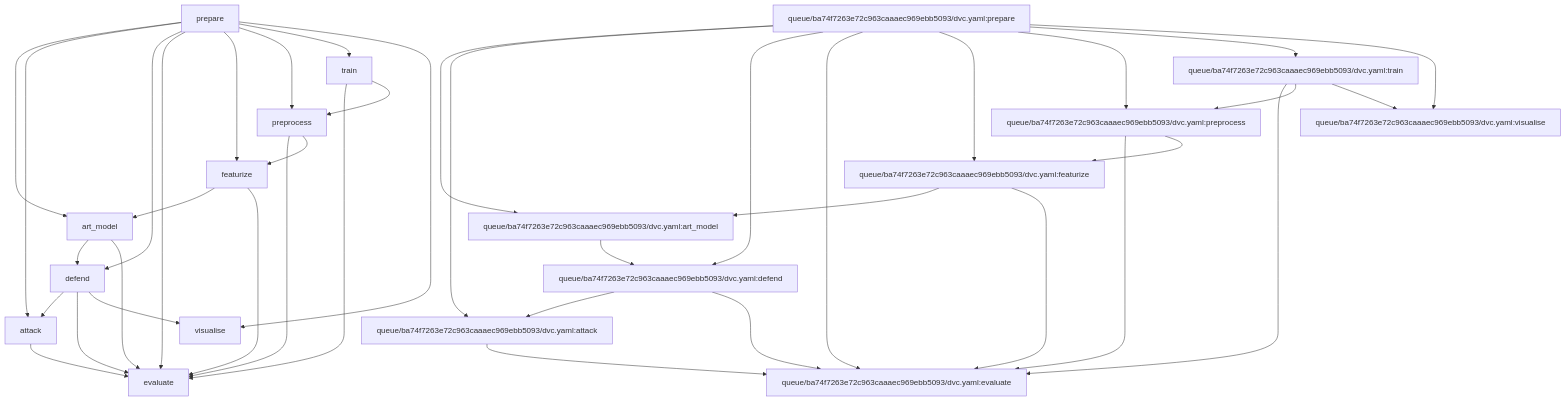
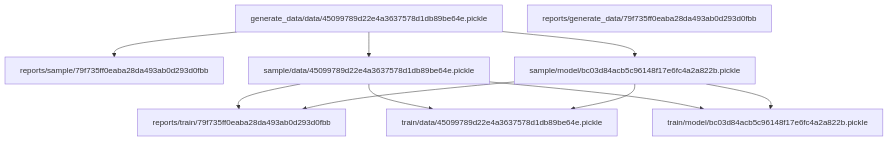
One commit to simplymathematics/deckard changed the diagram in examples/classification/dag.md. Above: the diagram before and after it, drawn with Mermaid. The commit also changed 24 other files, not shown here.

````diff
--- a/examples/classification/dag.md
+++ b/examples/classification/dag.md
@@ -1,60 +1,20 @@
 ```mermaid
 flowchart TD
-	node1["art_model"]
-	node2["attack"]
-	node3["defend"]
-	node4["evaluate"]
-	node5["featurize"]
-	node6["prepare"]
-	node7["preprocess"]
-	node8["train"]
-	node9["visualise"]
-	node1-->node3
+	node1["generate_data/data/45099789d22e4a3637578d1db89be64e.pickle"]
+	node2["reports/sample/79f735ff0eaba28da493ab0d293d0fbb"]
+	node3["reports/train/79f735ff0eaba28da493ab0d293d0fbb"]
+	node4["sample/data/45099789d22e4a3637578d1db89be64e.pickle"]
+	node5["sample/model/bc03d84acb5c96148f17e6fc4a2a822b.pickle"]
+	node6["train/data/45099789d22e4a3637578d1db89be64e.pickle"]
+	node7["train/model/bc03d84acb5c96148f17e6fc4a2a822b.pickle"]
+	node1-->node2
 	node1-->node4
-	node2-->node4
-	node3-->node2
-	node3-->node4
-	node3-->node9
-	node5-->node1
-	node5-->node4
-	node6-->node1
-	node6-->node2
-	node6-->node3
-	node6-->node4
-	node6-->node5
-	node6-->node7
-	node6-->node8
-	node6-->node9
-	node7-->node4
-	node7-->node5
-	node8-->node4
-	node8-->node7
-	node10["queue/ba74f7263e72c963caaaec969ebb5093/dvc.yaml:art_model"]
-	node11["queue/ba74f7263e72c963caaaec969ebb5093/dvc.yaml:attack"]
-	node12["queue/ba74f7263e72c963caaaec969ebb5093/dvc.yaml:defend"]
-	node13["queue/ba74f7263e72c963caaaec969ebb5093/dvc.yaml:evaluate"]
-	node14["queue/ba74f7263e72c963caaaec969ebb5093/dvc.yaml:featurize"]
-	node15["queue/ba74f7263e72c963caaaec969ebb5093/dvc.yaml:prepare"]
-	node16["queue/ba74f7263e72c963caaaec969ebb5093/dvc.yaml:preprocess"]
-	node17["queue/ba74f7263e72c963caaaec969ebb5093/dvc.yaml:train"]
-	node18["queue/ba74f7263e72c963caaaec969ebb5093/dvc.yaml:visualise"]
-	node10-->node12
-	node11-->node13
-	node12-->node11
-	node12-->node13
-	node14-->node10
-	node14-->node13
-	node15-->node10
-	node15-->node11
-	node15-->node12
-	node15-->node13
-	node15-->node14
-	node15-->node16
-	node15-->node17
-	node15-->node18
-	node16-->node13
-	node16-->node14
-	node17-->node13
-	node17-->node16
-	node17-->node18
+	node1-->node5
+	node4-->node3
+	node4-->node6
+	node4-->node7
+	node5-->node3
+	node5-->node6
+	node5-->node7
+	node8["reports/generate_data/79f735ff0eaba28da493ab0d293d0fbb"]
 ```
````
